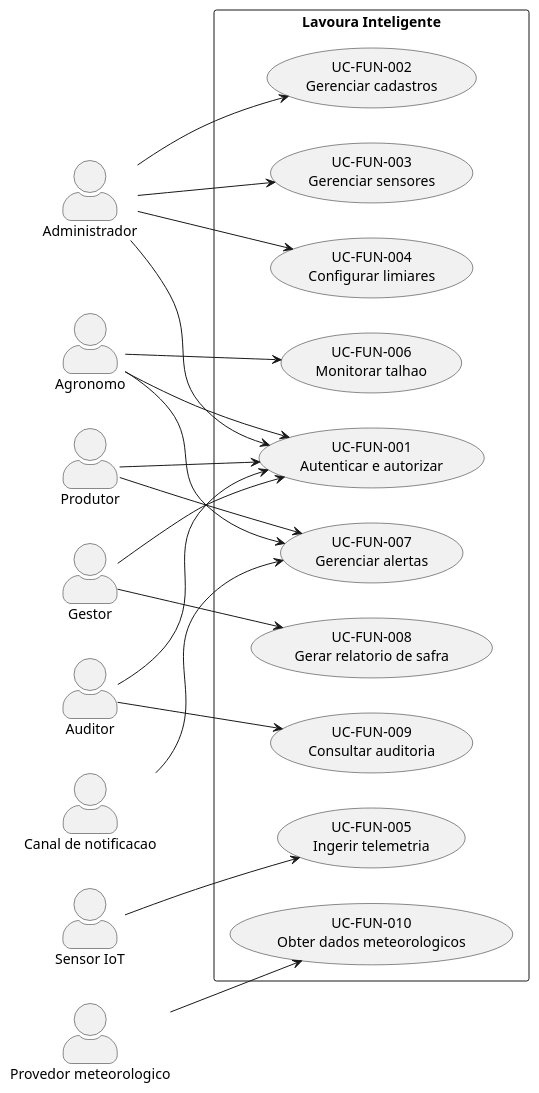
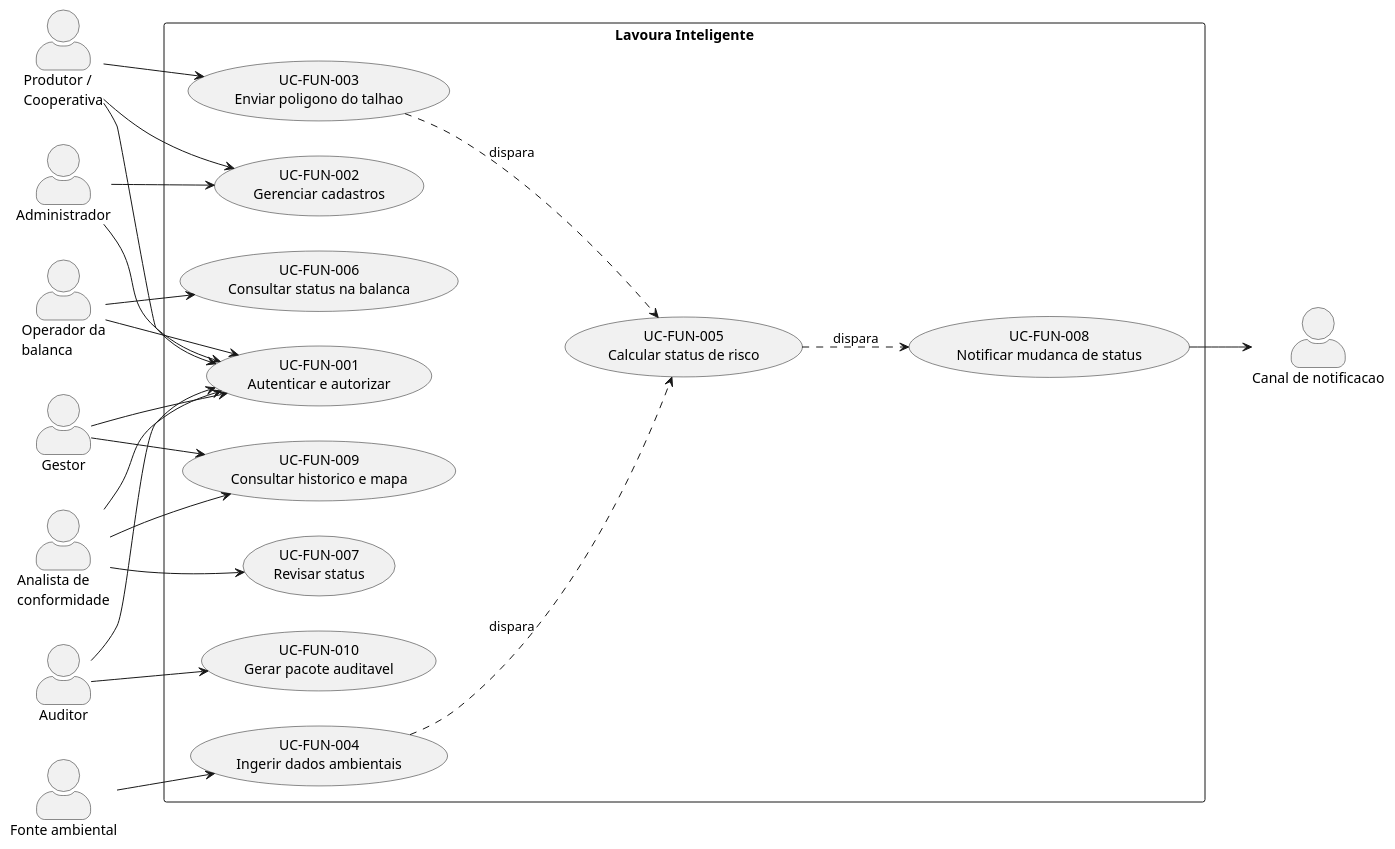
Before and after one commit to Projetos-de-Extensao/PC_ADS_26.2_8001_II: the diagram in docs/Elaboracao/casos_de_uso.md, drawn with PlantUML. The commit also changed other lines of this file and 8 other files, not shown here.

````diff
--- a/docs/Elaboracao/casos_de_uso.md
+++ b/docs/Elaboracao/casos_de_uso.md
@@ -35,45 +35,48 @@
 ```plantuml
 @startuml LavouraInteligente_CasosDeUso
 left to right direction
 skinparam actorStyle awesome
 
 actor Administrador as Admin
-actor Agronomo as Agro
-actor Produtor as Prod
+actor "Produtor /\nCooperativa" as Prod
+actor "Analista de\nconformidade" as Analista
+actor "Operador da\nbalanca" as Op
 actor Gestor as Gest
 actor Auditor as Audit
-actor "Sensor IoT" as Sensor
-actor "Provedor meteorologico" as Meteo
+actor "Fonte ambiental" as Fonte
 actor "Canal de notificacao" as Canal
 
 rectangle "Lavoura Inteligente" {
   usecase "UC-FUN-001\nAutenticar e autorizar" as UC1
   usecase "UC-FUN-002\nGerenciar cadastros" as UC2
-  usecase "UC-FUN-003\nGerenciar sensores" as UC3
-  usecase "UC-FUN-004\nConfigurar limiares" as UC4
-  usecase "UC-FUN-005\nIngerir telemetria" as UC5
-  usecase "UC-FUN-006\nMonitorar talhao" as UC6
-  usecase "UC-FUN-007\nGerenciar alertas" as UC7
-  usecase "UC-FUN-008\nGerar relatorio de safra" as UC8
-  usecase "UC-FUN-009\nConsultar auditoria" as UC9
-  usecase "UC-FUN-010\nObter dados meteorologicos" as UC10
+  usecase "UC-FUN-003\nEnviar poligono do talhao" as UC3
+  usecase "UC-FUN-004\nIngerir dados ambientais" as UC4
+  usecase "UC-FUN-005\nCalcular status de risco" as UC5
+  usecase "UC-FUN-006\nConsultar status na balanca" as UC6
+  usecase "UC-FUN-007\nRevisar status" as UC7
+  usecase "UC-FUN-008\nNotificar mudanca de status" as UC8
+  usecase "UC-FUN-009\nConsultar historico e mapa" as UC9
+  usecase "UC-FUN-010\nGerar pacote auditavel" as UC10
 }
 
 Admin --> UC1
 Admin --> UC2
-Admin --> UC3
-Admin --> UC4
-Agro --> UC1
-Agro --> UC6
-Agro --> UC7
 Prod --> UC1
-Prod --> UC7
+Prod --> UC2
+Prod --> UC3
+Analista --> UC1
+Analista --> UC7
+Analista --> UC9
+Op --> UC1
+Op --> UC6
 Gest --> UC1
-Gest --> UC8
+Gest --> UC9
 Audit --> UC1
-Audit --> UC9
-Sensor --> UC5
-Meteo --> UC10
-Canal --> UC7
+Audit --> UC10
+Fonte --> UC4
+UC8 --> Canal
+UC4 ..> UC5 : dispara
+UC3 ..> UC5 : dispara
+UC5 ..> UC8 : dispara
 @enduml
 ```
````
